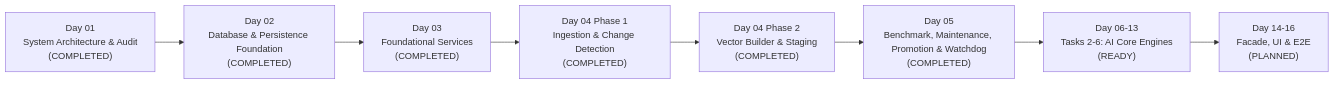
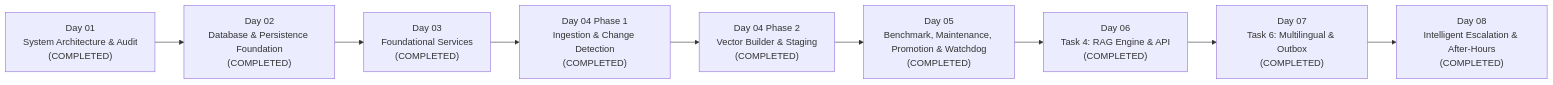
One commit to OldNick-hub/AI-Customer-Support-Platform changed the diagram in MASTER_WORK_LOG.md. Above: the diagram before and after it, drawn with Mermaid. The commit also changed other lines of this file and 19 other files, not shown here.

First line of the commit message:
feat(ticketing): implement Day 08 intelligent escalation and after-hours handling

````diff
--- a/MASTER_WORK_LOG.md
+++ b/MASTER_WORK_LOG.md
@@ -12,10 +12,11 @@
 ```mermaid
 flowchart LR
     D01["Day 01<br/>System Architecture & Audit<br/>(COMPLETED)"] --> D02["Day 02<br/>Database & Persistence Foundation<br/>(COMPLETED)"]
     D02 --> D03["Day 03<br/>Foundational Services<br/>(COMPLETED)"]
     D03 --> D04["Day 04 Phase 1<br/>Ingestion & Change Detection<br/>(COMPLETED)"]
     D04 --> D04P2["Day 04 Phase 2<br/>Vector Builder & Staging<br/>(COMPLETED)"]
     D04P2 --> D05["Day 05<br/>Benchmark, Maintenance, Promotion & Watchdog<br/>(COMPLETED)"]
-    D05 --> D06["Day 06-13<br/>Tasks 2-6: AI Core Engines<br/>(READY)"]
-    D06 --> D14["Day 14-16<br/>Facade, UI & E2E<br/>(PLANNED)"]
+    D05 --> D06["Day 06<br/>Task 4: RAG Engine & API<br/>(COMPLETED)"]
+    D06 --> D07["Day 07<br/>Task 6: Multilingual & Outbox<br/>(COMPLETED)"]
+    D07 --> D08["Day 08<br/>Intelligent Escalation & After-Hours<br/>(COMPLETED)"]
 ```
````
